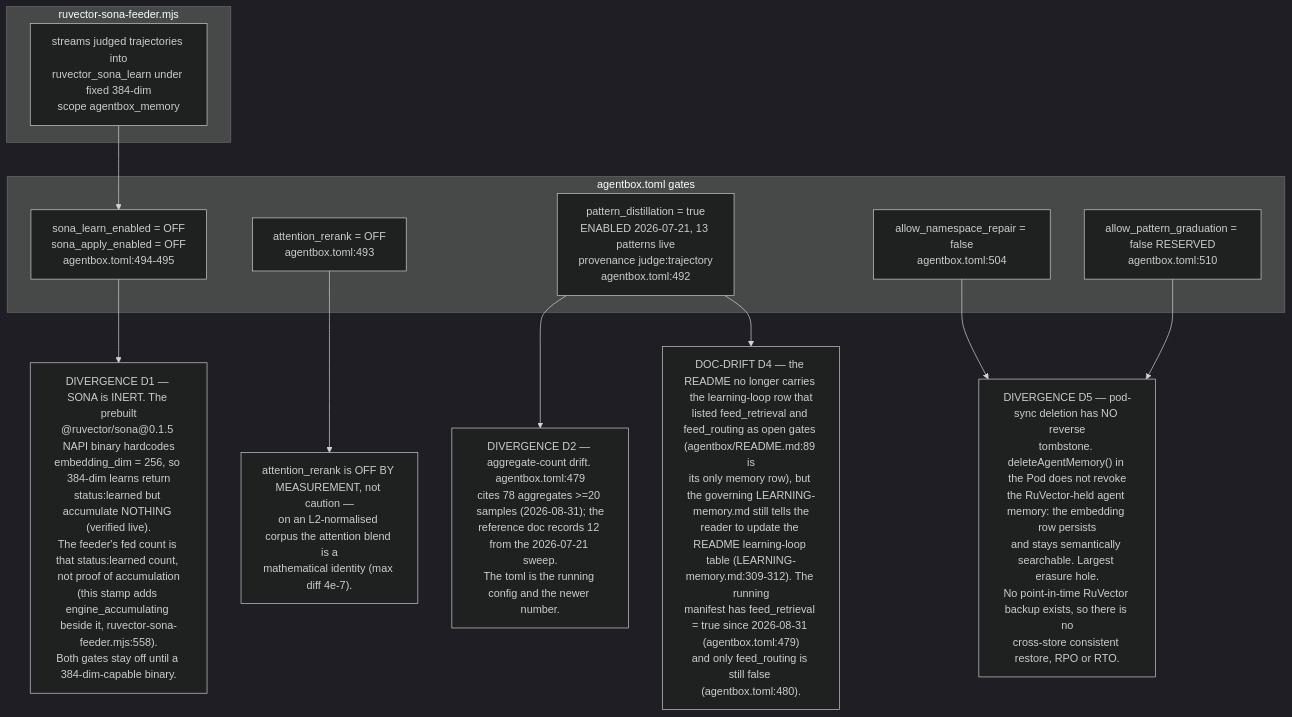
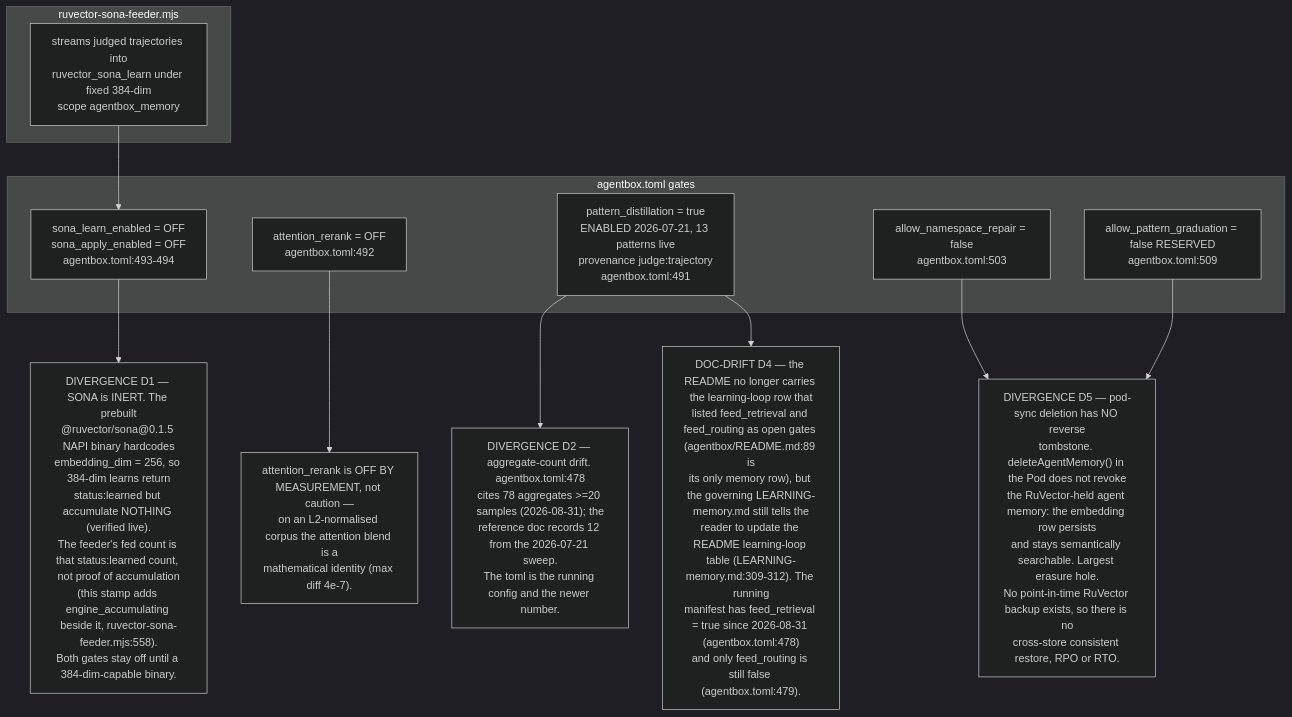
One commit to DreamLab-AI/VisionFlow changed the fifth of 7 diagrams in docs/diagrams/estate/07-memory-and-embedding-estate.md. Above: the diagram before and after it, drawn with Mermaid (dark theme). The commit also changed other lines of this file and 6 other files, not shown here.

````diff
--- a/docs/diagrams/estate/07-memory-and-embedding-estate.md
+++ b/docs/diagrams/estate/07-memory-and-embedding-estate.md
@@ -173,26 +174,26 @@
 ```mermaid
 flowchart TB
     subgraph feeder["ruvector-sona-feeder.mjs"]
         F1["streams judged trajectories into<br/>ruvector_sona_learn under fixed 384-dim<br/>scope agentbox_memory"]
     end
     subgraph gates["agentbox.toml gates"]
-        G1["sona_learn_enabled = OFF<br/>sona_apply_enabled = OFF<br/>agentbox.toml:494-495"]
-        G2["attention_rerank = OFF<br/>agentbox.toml:493"]
-        G3["pattern_distillation = true<br/>ENABLED 2026-07-21, 13 patterns live<br/>provenance judge:trajectory<br/>agentbox.toml:492"]
-        G4["allow_namespace_repair = false<br/>agentbox.toml:504"]
-        G5["allow_pattern_graduation = false RESERVED<br/>agentbox.toml:510"]
+        G1["sona_learn_enabled = OFF<br/>sona_apply_enabled = OFF<br/>agentbox.toml:493-494"]
+        G2["attention_rerank = OFF<br/>agentbox.toml:492"]
+        G3["pattern_distillation = true<br/>ENABLED 2026-07-21, 13 patterns live<br/>provenance judge:trajectory<br/>agentbox.toml:491"]
+        G4["allow_namespace_repair = false<br/>agentbox.toml:503"]
+        G5["allow_pattern_graduation = false RESERVED<br/>agentbox.toml:509"]
     end
     D1["DIVERGENCE D1 — SONA is INERT. The prebuilt<br/>@ruvector/sona@0.1.5 NAPI binary hardcodes<br/>embedding_dim = 256, so 384-dim learns return<br/>status:learned but accumulate NOTHING (verified live).<br/>The feeder's fed count is that status:learned count, not proof of accumulation<br/>(this stamp adds engine_accumulating beside it, ruvector-sona-feeder.mjs:558).<br/>Both gates stay off until a 384-dim-capable binary."]
     D1B["attention_rerank is OFF BY MEASUREMENT, not caution —<br/>on an L2-normalised corpus the attention blend is a<br/>mathematical identity (max diff 4e-7)."]
-    D2["DIVERGENCE D2 — aggregate-count drift. agentbox.toml:479<br/>cites 78 aggregates >=20 samples (2026-08-31); the<br/>reference doc records 12 from the 2026-07-21 sweep.<br/>The toml is the running config and the newer number."]
-    D4["DOC-DRIFT D4 — the README no longer carries the learning-loop row that<br/>listed feed_retrieval and feed_routing as open gates (agentbox/README.md:89 is<br/>its only memory row), but the governing LEARNING-memory.md still tells the<br/>reader to update the README learning-loop table (LEARNING-memory.md:309-312). The running<br/>manifest has feed_retrieval = true since 2026-08-31 (agentbox.toml:479)<br/>and only feed_routing is still false (agentbox.toml:480)."]
+    D2["DIVERGENCE D2 — aggregate-count drift. agentbox.toml:478<br/>cites 78 aggregates >=20 samples (2026-08-31); the<br/>reference doc records 12 from the 2026-07-21 sweep.<br/>The toml is the running config and the newer number."]
+    D4["DOC-DRIFT D4 — the README no longer carries the learning-loop row that<br/>listed feed_retrieval and feed_routing as open gates (agentbox/README.md:89 is<br/>its only memory row), but the governing LEARNING-memory.md still tells the<br/>reader to update the README learning-loop table (LEARNING-memory.md:309-312). The running<br/>manifest has feed_retrieval = true since 2026-08-31 (agentbox.toml:478)<br/>and only feed_routing is still false (agentbox.toml:479)."]
     D5["DIVERGENCE D5 — pod-sync deletion has NO reverse<br/>tombstone. deleteAgentMemory() in the Pod does not revoke<br/>the RuVector-held agent memory: the embedding row persists<br/>and stays semantically searchable. Largest erasure hole.<br/>No point-in-time RuVector backup exists, so there is no<br/>cross-store consistent restore, RPO or RTO."]
 
     F1 --> G1
     G1 --> D1
     G2 --> D1B
     G3 --> D2
     G3 --> D4
     G4 --> D5
     G5 --> D5
 ```
````
